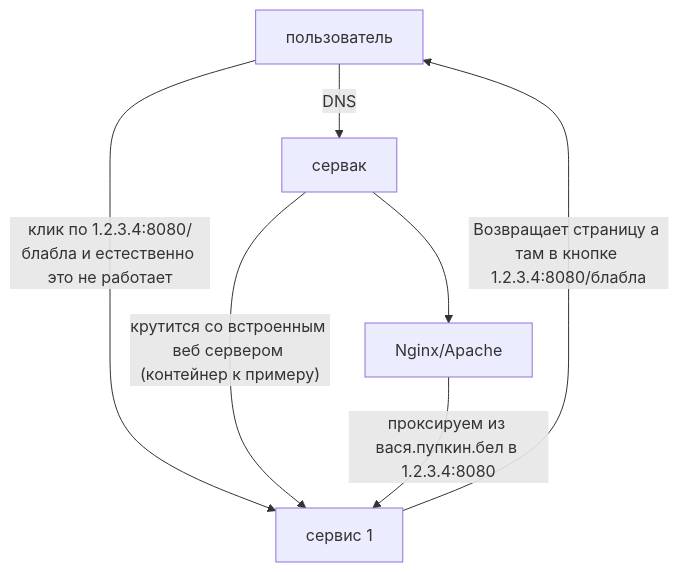
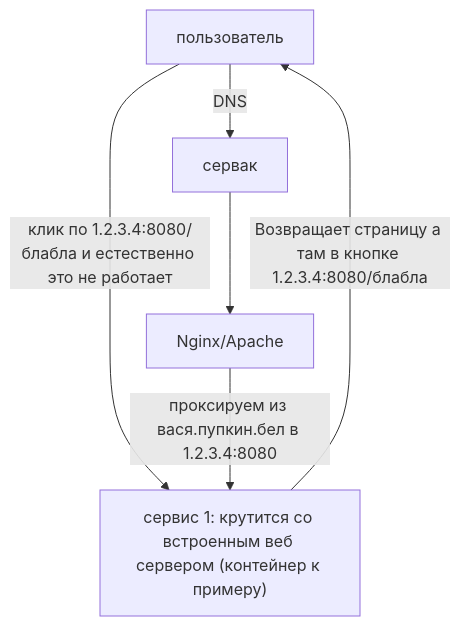
One commit to EvgenBuiko/obsidian-dg-notes changed the diagram in src/site/notes/Public/posts/post0.md. Above: the diagram before and after it, drawn with Mermaid. The commit also changed other lines of this file and 2 other files, not shown here.

````diff
--- a/src/site/notes/Public/posts/post0.md
+++ b/src/site/notes/Public/posts/post0.md
@@ -16,9 +16,8 @@
 ```mermaid
 flowchart TD
 A["пользователь"] -- DNS --> B["сервак"]
-A -- "клик по 1.2.3.4:8080/блабла и естественно это не работает" --> D["сервис 1"]	
+A -- "клик по 1.2.3.4:8080/блабла и естественно это не работает" --> D["сервис 1: крутится со встроенным веб сервером (контейнер к примеру)"]	
 B --> C["Nginx/Apache"]
-B -- крутится со встроенным веб сервером (контейнер к примеру) --> D
 C -- "проксируем из вася.пупкин.бел в 1.2.3.4:8080" --> D
 D -- "Возвращает страницу а там в кнопке 1.2.3.4:8080/блабла" --> A
 ```
````
